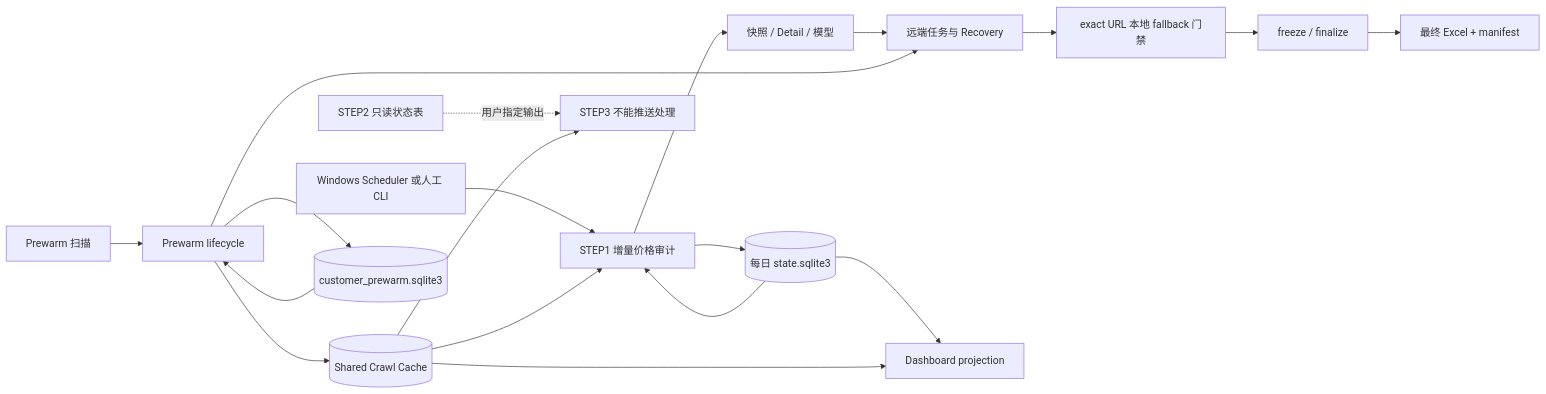
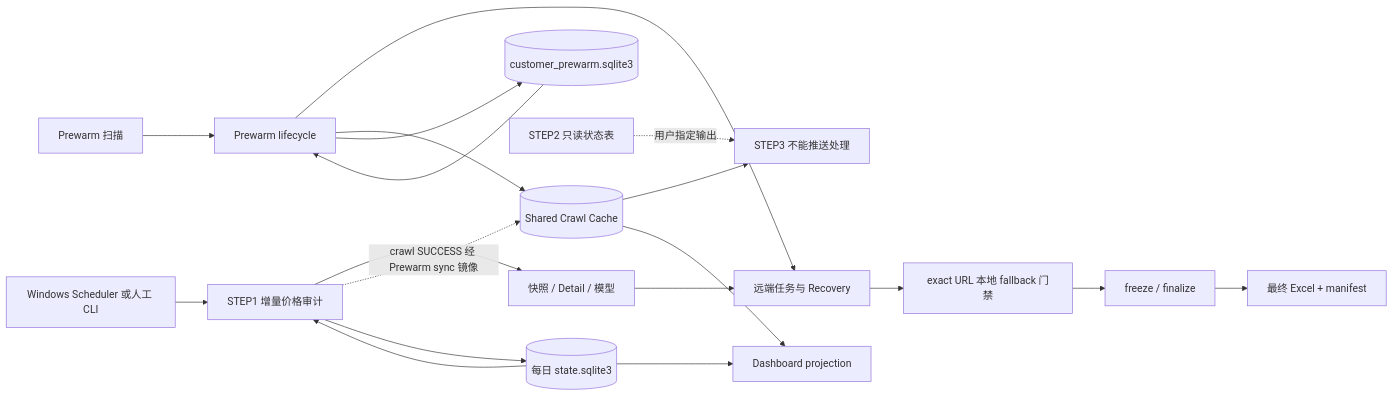
Before and after one commit to shuaikun853-dev/CNNC: the first of 2 diagrams in ARCHITECTURE.md, drawn with Mermaid. The commit also changed other lines of this file and 1 other file, not shown here.

Commit message:
docs: correct shared crawl cache direction in system map

````diff
--- a/ARCHITECTURE.md
+++ b/ARCHITECTURE.md
@@ -31,24 +31,24 @@
 ```mermaid
 flowchart LR
     A[Windows Scheduler 或人工 CLI] --> B[STEP1 增量价格审计]
     B --> C[快照 / Detail / 模型]
     C --> D[远端任务与 Recovery]
     D --> E[exact URL 本地 fallback 门禁]
     E --> F[freeze / finalize]
     F --> G[最终 Excel + manifest]
 
     P1[Prewarm 扫描] --> P2[Prewarm lifecycle]
     P2 --> D
     P2 --> CACHE[(Shared Crawl Cache)]
-    CACHE --> B
+    B -. crawl SUCCESS 经 Prewarm sync 镜像 .-> CACHE
 
     S2[STEP2 只读状态表] -. 用户指定输出 .-> S3[STEP3 不能推送处理]
     CACHE --> S3
 
     DB[(每日 state.sqlite3)] --> B
     B --> DB
     DB --> DASH[Dashboard projection]
     CACHE --> DASH
     PDB[(customer_prewarm.sqlite3)] --> P2
     P2 --> PDB
 ```
````
